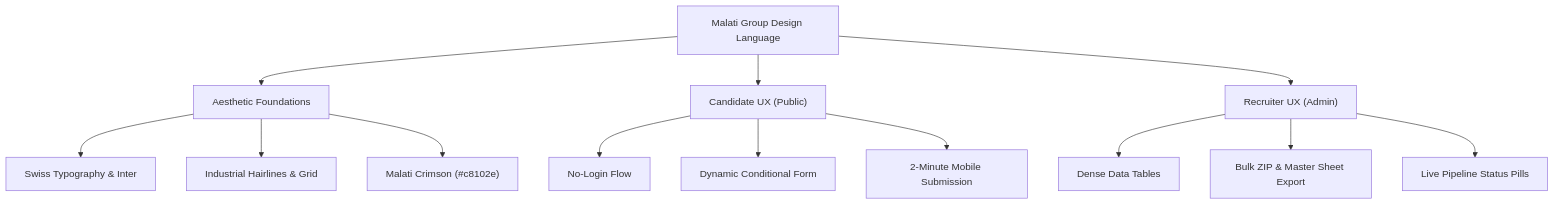
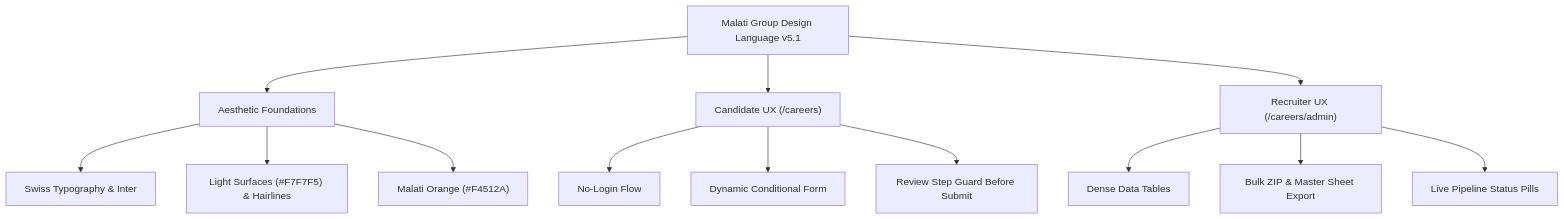
One commit to Rudra2308/Recruitment_Portal changed the diagram in UI/UX/design_language.md. Above: the diagram before and after it, drawn with Mermaid. The commit also changed other lines of this file and 18 other files, not shown here.

Commit message:
feat: route under /careers, enforce review before submit, and lighten footer/login surfaces

````diff
--- a/UI/UX/design_language.md
+++ b/UI/UX/design_language.md
@@ -20,18 +23,18 @@
 ```mermaid
 graph TD
-    A["Malati Group Design Language"] --> B["Aesthetic Foundations"]
-    A --> C["Candidate UX (Public)"]
-    A --> D["Recruiter UX (Admin)"]
+    A["Malati Group Design Language v5.1"] --> B["Aesthetic Foundations"]
+    A --> C["Candidate UX (/careers)"]
+    A --> D["Recruiter UX (/careers/admin)"]
 
     B --> B1["Swiss Typography & Inter"]
-    B --> B2["Industrial Hairlines & Grid"]
-    B --> B3["Malati Crimson (#c8102e)"]
+    B --> B2["Light Surfaces (#F7F7F5) & Hairlines"]
+    B --> B3["Malati Orange (#F4512A)"]
 
     C --> C1["No-Login Flow"]
     C --> C2["Dynamic Conditional Form"]
-    C --> C3["2-Minute Mobile Submission"]
+    C --> C3["Review Step Guard Before Submit"]
 
     D --> D1["Dense Data Tables"]
     D --> D2["Bulk ZIP & Master Sheet Export"]
     D --> D3["Live Pipeline Status Pills"]
 ```
````
